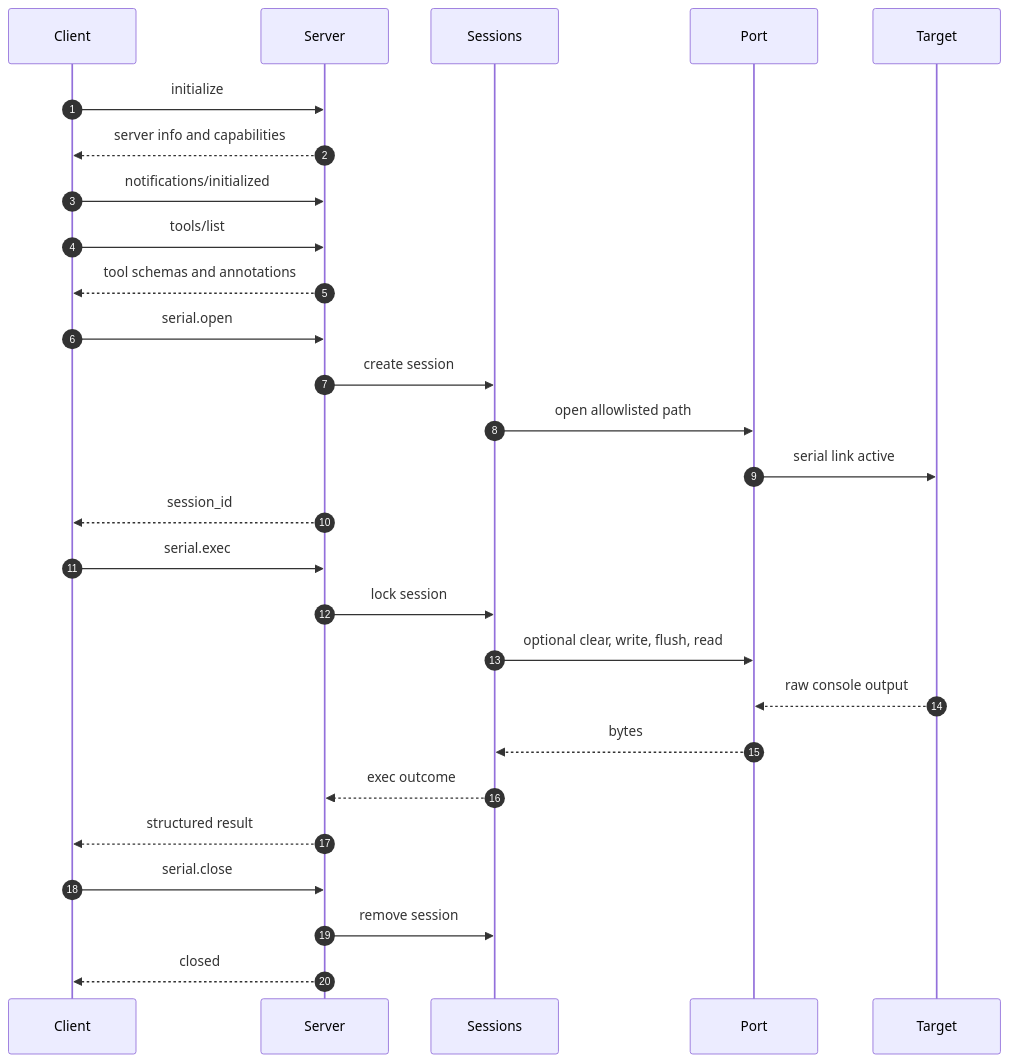
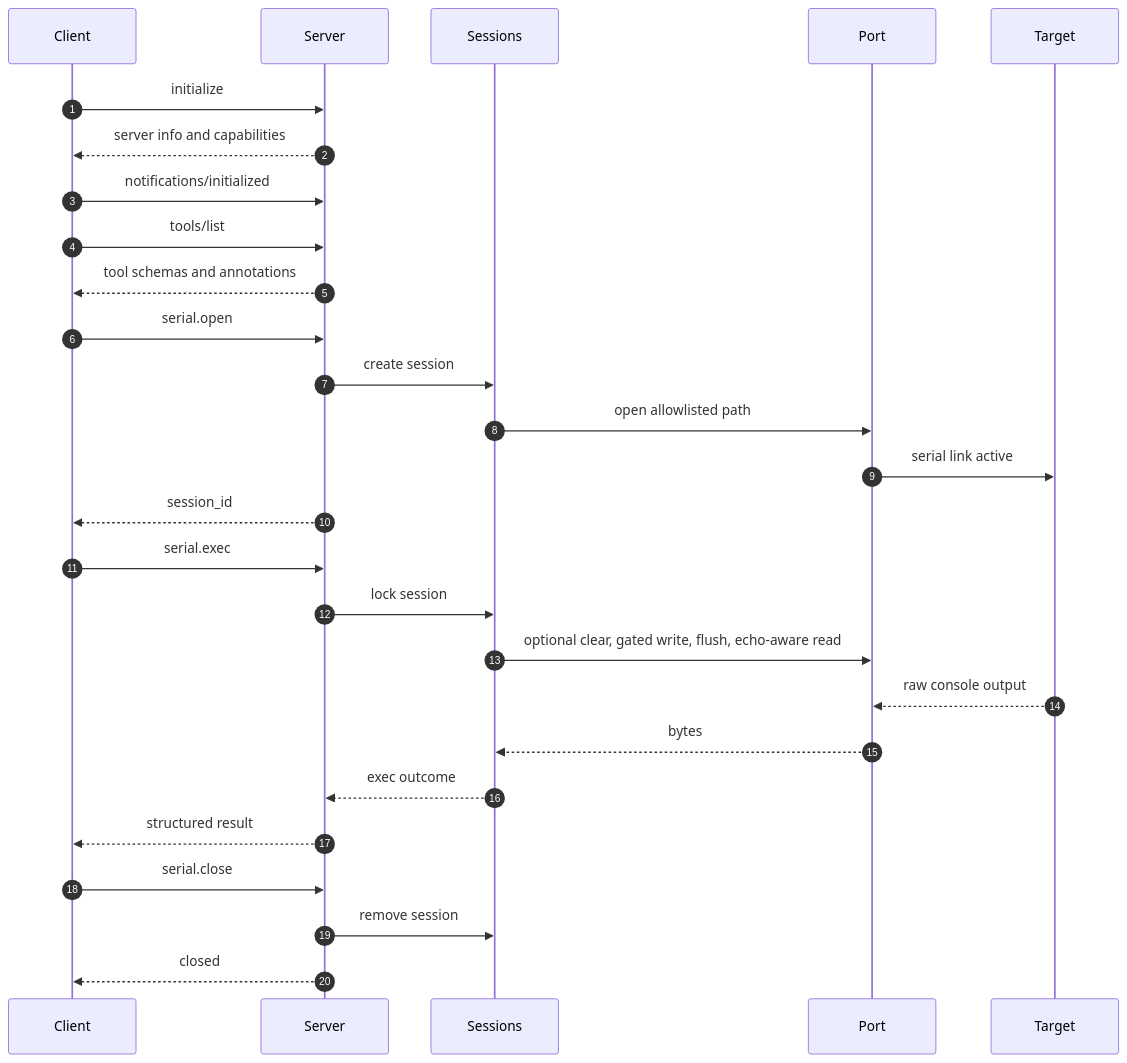
The second of 2 diagrams in docs/mcp-serial-architecture.md (umair-as/mcp-serial-rs), drawn with Mermaid before and after one commit. The commit also changed other lines of this file and 17 other files, not shown here.

````diff
--- a/docs/mcp-serial-architecture.md
+++ b/docs/mcp-serial-architecture.md
@@ -65,34 +66,34 @@
 ```mermaid
 sequenceDiagram
     autonumber
     participant Client
     participant Server
     participant Sessions
     participant Port
     participant Target
 
     Client->>Server: initialize
     Server-->>Client: server info and capabilities
     Client->>Server: notifications/initialized
 
     Client->>Server: tools/list
     Server-->>Client: tool schemas and annotations
 
     Client->>Server: serial.open
     Server->>Sessions: create session
     Sessions->>Port: open allowlisted path
     Port->>Target: serial link active
     Server-->>Client: session_id
 
     Client->>Server: serial.exec
     Server->>Sessions: lock session
-    Sessions->>Port: optional clear, write, flush, read
+    Sessions->>Port: optional clear, gated write, flush, echo-aware read
     Target-->>Port: raw console output
     Port-->>Sessions: bytes
     Sessions-->>Server: exec outcome
     Server-->>Client: structured result
 
     Client->>Server: serial.close
     Server->>Sessions: remove session
     Server-->>Client: closed
 ```
````
